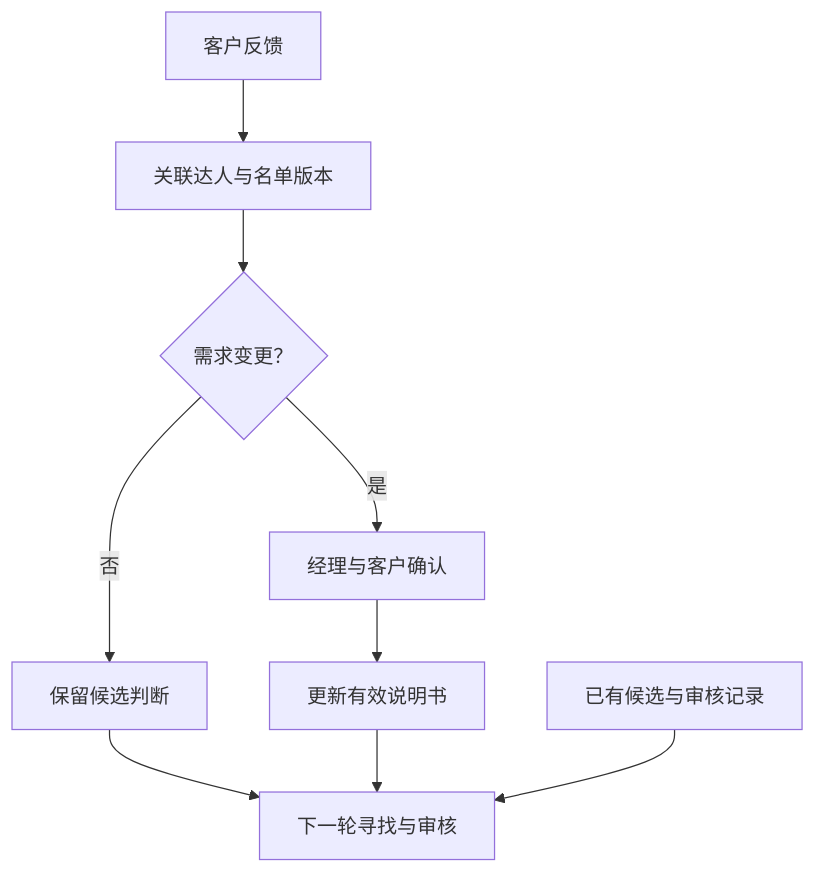
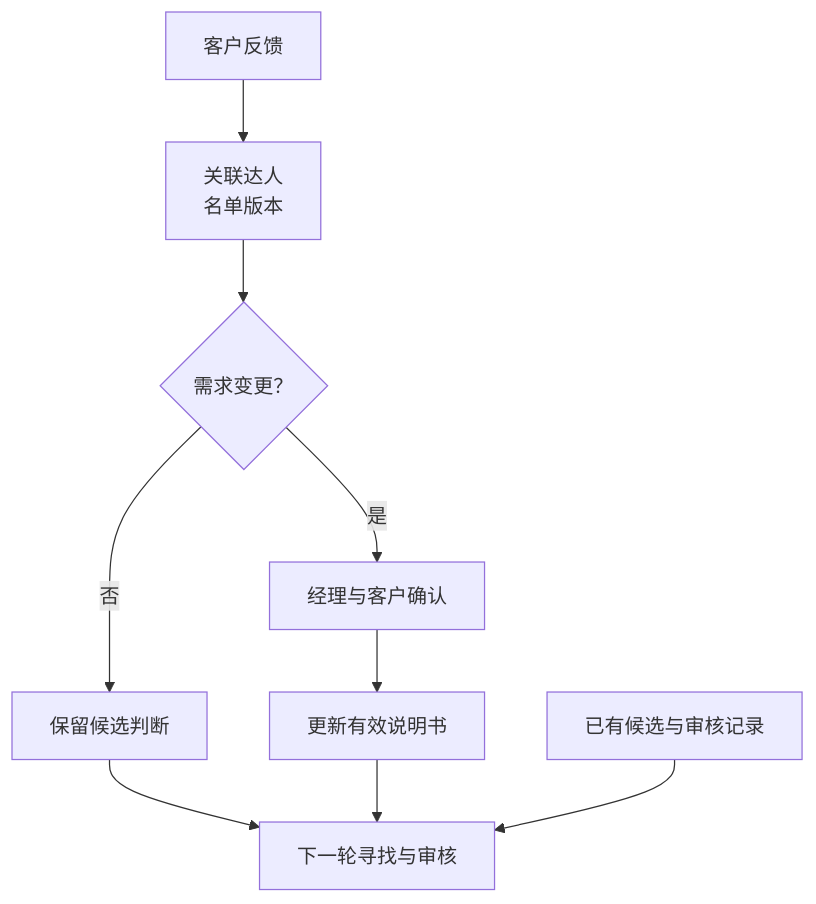
Before and after one commit to cytlabs/personal-site: the second of 2 diagrams in content/cases/creator-marketing-delivery.md, drawn with Mermaid. The commit also changed other lines of this file and 8 other files, not shown here.

Commit message:
完善图表阅读顺序与语义换行

````diff
--- a/content/cases/creator-marketing-delivery.md
+++ b/content/cases/creator-marketing-delivery.md
@@ -46,9 +46,9 @@
 ```mermaid
 flowchart TD
-    A["客户反馈"] --> B["关联达人与名单版本"] --> C{"需求变更？"}
+    A["客户反馈"] --> B["关联达人<br/>名单版本"] --> C{"需求变更？"}
     C -->|否| D["保留候选判断"]
     C -->|是| E["经理与客户确认"] --> F["更新有效说明书"]
     D --> G["下一轮寻找与审核"]
     F --> G
     H["已有候选与审核记录"] --> G
 ```
````
